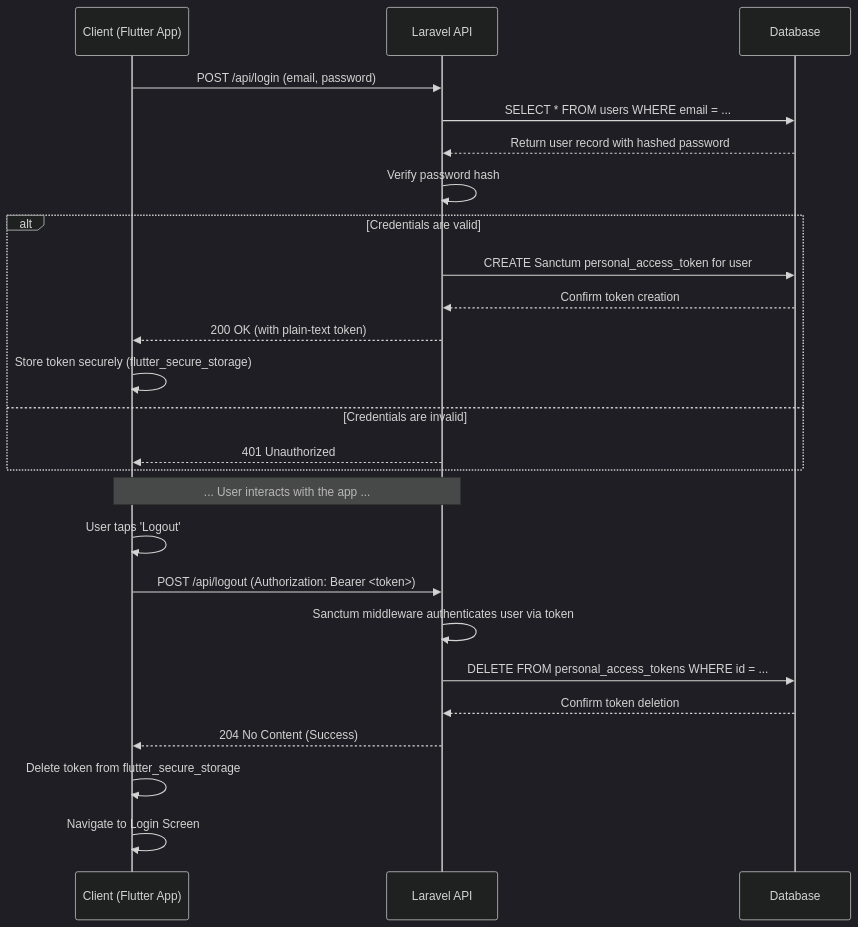
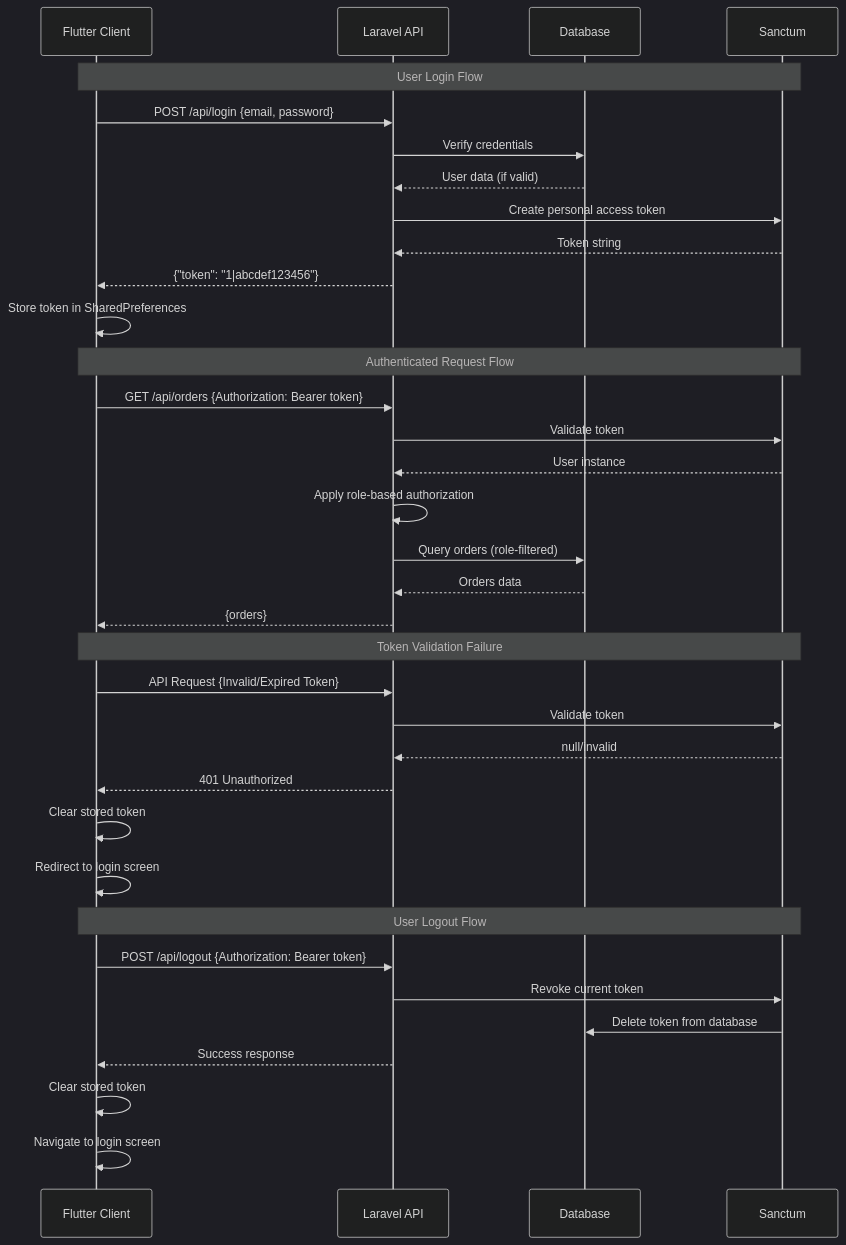
One commit to lioc7381/pharmacy-management-system changed the diagram in docs/architecture/backend-architecture.md. Above: the diagram before and after it, drawn with Mermaid (dark theme). The commit also changed other lines of this file and 66 other files, not shown here.

````diff
--- a/docs/architecture/backend-architecture.md
+++ b/docs/architecture/backend-architecture.md
@@ -352,32 +767,41 @@
 ```mermaid
 sequenceDiagram
-    participant ClientApp as Client (Flutter App)
-    participant API as Laravel API
-    participant DB as Database
+    participant C as Flutter Client
+    participant A as Laravel API
+    participant D as Database
+    participant S as Sanctum
 
-    %% --- Part 1: Login Flow ---
-    ClientApp->>API: POST /api/login (email, password)
-    API->>DB: SELECT * FROM users WHERE email = ...
-    DB-->>API: Return user record with hashed password
-    API->>API: Verify password hash
-    alt Credentials are valid
-        API->>DB: CREATE Sanctum personal_access_token for user
-        DB-->>API: Confirm token creation
-        API-->>ClientApp: 200 OK (with plain-text token)
-        ClientApp->>ClientApp: Store token securely (flutter_secure_storage)
-    else Credentials are invalid
-        API-->>ClientApp: 401 Unauthorized
-    end
+    Note over C,S: User Login Flow
+    C->>A: POST /api/login {email, password}
+    A->>D: Verify credentials
+    D-->>A: User data (if valid)
+    A->>S: Create personal access token
+    S-->>A: Token string
+    A-->>C: {"token": "1|abcdef123456"}
+    C->>C: Store token in SharedPreferences
 
-    Note over ClientApp, API: ... User interacts with the app ...
+    Note over C,S: Authenticated Request Flow
+    C->>A: GET /api/orders {Authorization: Bearer token}
+    A->>S: Validate token
+    S-->>A: User instance
+    A->>A: Apply role-based authorization
+    A->>D: Query orders (role-filtered)
+    D-->>A: Orders data
+    A-->>C: {orders}
 
-    %% --- Part 2: Logout Flow ---
-    ClientApp->>ClientApp: User taps 'Logout'
-    ClientApp->>API: POST /api/logout (Authorization: Bearer <token>)
-    API->>API: Sanctum middleware authenticates user via token
-    API->>DB: DELETE FROM personal_access_tokens WHERE id = ...
-    DB-->>API: Confirm token deletion
-    API-->>ClientApp: 204 No Content (Success)
-    ClientApp->>ClientApp: Delete token from flutter_secure_storage
-    ClientApp->>ClientApp: Navigate to Login Screen
+    Note over C,S: Token Validation Failure
+    C->>A: API Request {Invalid/Expired Token}
+    A->>S: Validate token
+    S-->>A: null/invalid
+    A-->>C: 401 Unauthorized
+    C->>C: Clear stored token
+    C->>C: Redirect to login screen
+
+    Note over C,S: User Logout Flow
+    C->>A: POST /api/logout {Authorization: Bearer token}
+    A->>S: Revoke current token
+    S->>D: Delete token from database
+    A-->>C: Success response
+    C->>C: Clear stored token
+    C->>C: Navigate to login screen
 ```
````
